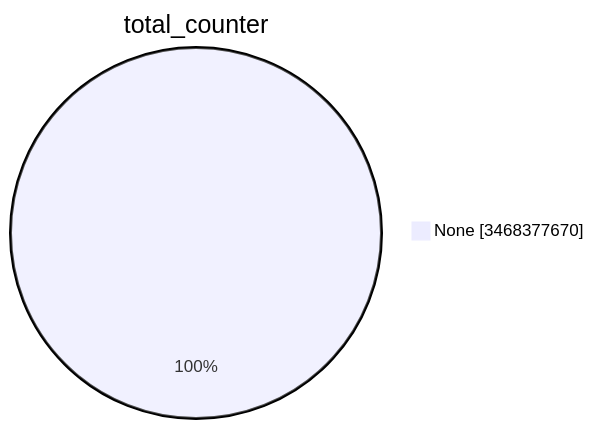
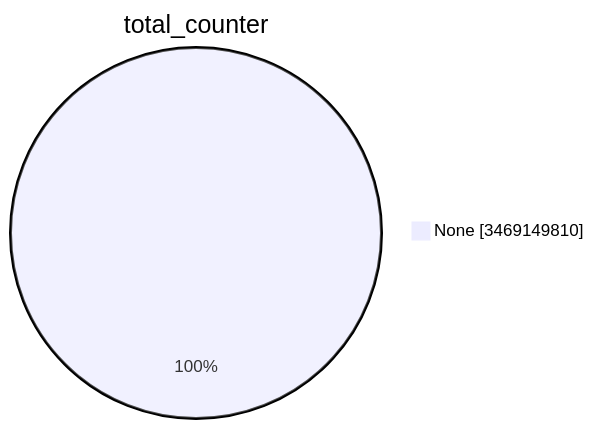
One commit to christiankrug/ctmonitor_visualization changed the first of 15 diagrams in TOTAL/README.md. Above: the diagram before and after it, drawn with Mermaid. The commit also changed other lines of this file, not shown here.

````diff
--- a/TOTAL/README.md
+++ b/TOTAL/README.md
@@ -1,5 +1,5 @@
 ```mermaid
 pie showData
 title total_counter
-"None" :3468377670
+"None" :3469149810
 ```
````
